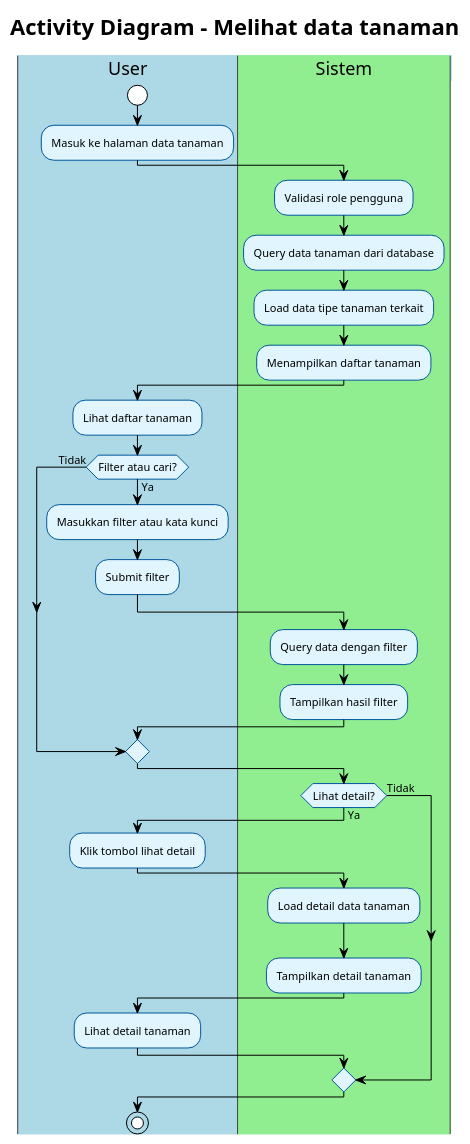
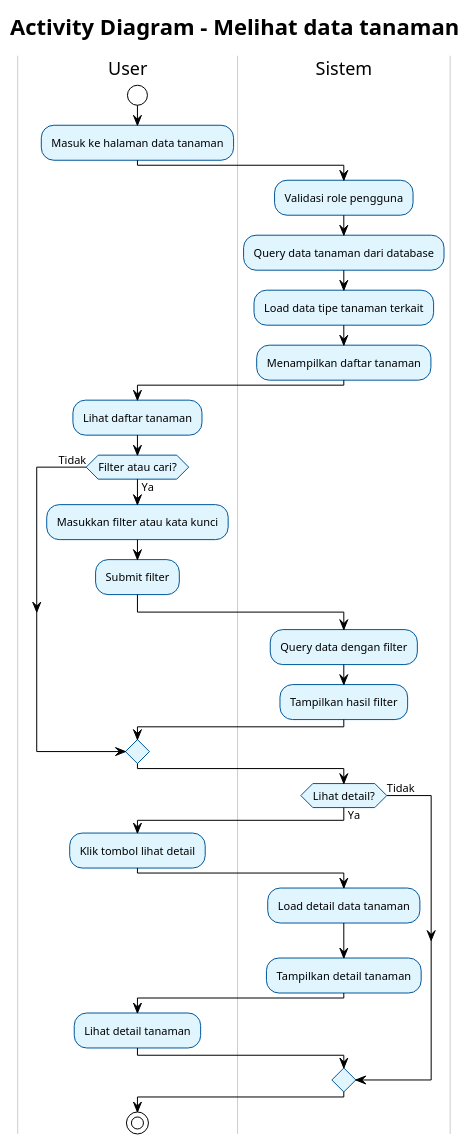
The diagram in uml/activity/Activity new/02_lihat_data_tanaman.puml (Rifkiwastaken/example-app), drawn with PlantUML before and after one commit. The commit also changed 441 other files, not shown here.

```diff
--- a/uml/activity/Activity new/02_lihat_data_tanaman.puml
+++ b/uml/activity/Activity new/02_lihat_data_tanaman.puml
@@ -1,56 +1,57 @@
 @startuml
 ' Referensi: Use Case Overview (00_use_case_overview.puml)
 ' Use case 02: Melihat data tanaman (include dari Mengelola data tanaman)
 ' Aktor: Penangkar/Kepala Satgas
 !theme plain
+skinparam backgroundColor white
 skinparam activity {
     BackgroundColor #E1F5FE
     BorderColor #01579B
     FontSize 11
 }
 skinparam swimlane {
-    BackgroundColor #F5F5F5
-    BorderColor #424242
-    TitleBackgroundColor #BBDEFB
-    TitleBorderColor #1976D2
+    BackgroundColor White
+    BorderColor #CCCCCC
+    TitleBackgroundColor White
+    TitleBorderColor #999999
 }
 
 title Activity Diagram - Melihat data tanaman
 
-|#LightBlue|User|
+|#White|User|
 start
 :Masuk ke halaman data tanaman;
 
-|#LightGreen|Sistem|
+|#White|Sistem|
 :Validasi role pengguna;
 :Query data tanaman dari database;
 :Load data tipe tanaman terkait;
 :Menampilkan daftar tanaman;
 
-|#LightBlue|User|
+|#White|User|
 :Lihat daftar tanaman;
 
 if (Filter atau cari?) then (Ya)
-    |#LightBlue|User|
+    |#White|User|
     :Masukkan filter atau kata kunci;
     :Submit filter;
-    |#LightGreen|Sistem|
+    |#White|Sistem|
     :Query data dengan filter;
     :Tampilkan hasil filter;
 else (Tidak)
 endif
 
 if (Lihat detail?) then (Ya)
-    |#LightBlue|User|
+    |#White|User|
     :Klik tombol lihat detail;
-    |#LightGreen|Sistem|
+    |#White|Sistem|
     :Load detail data tanaman;
     :Tampilkan detail tanaman;
-    |#LightBlue|User|
+    |#White|User|
     :Lihat detail tanaman;
 else (Tidak)
 endif
 
 stop
 
 @enduml
```
